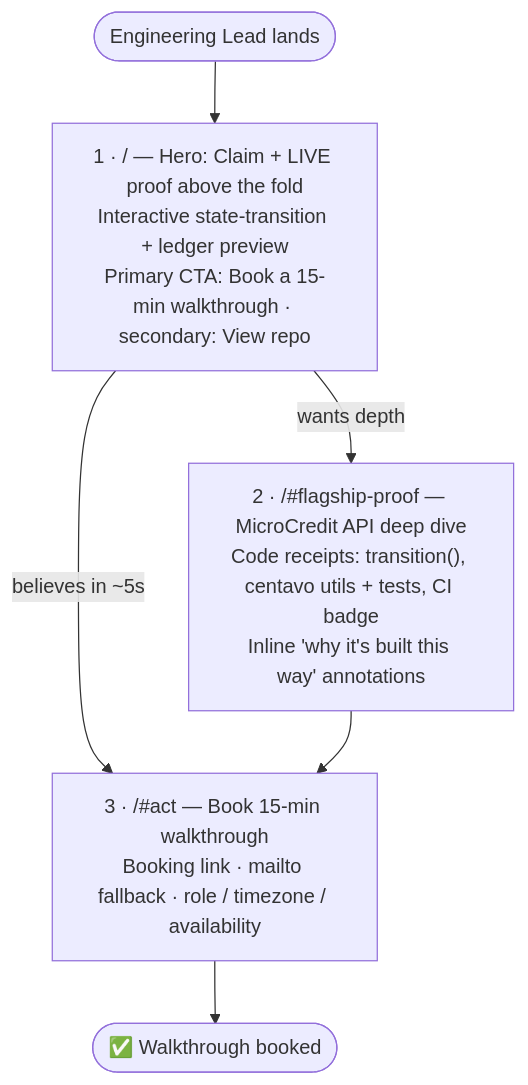
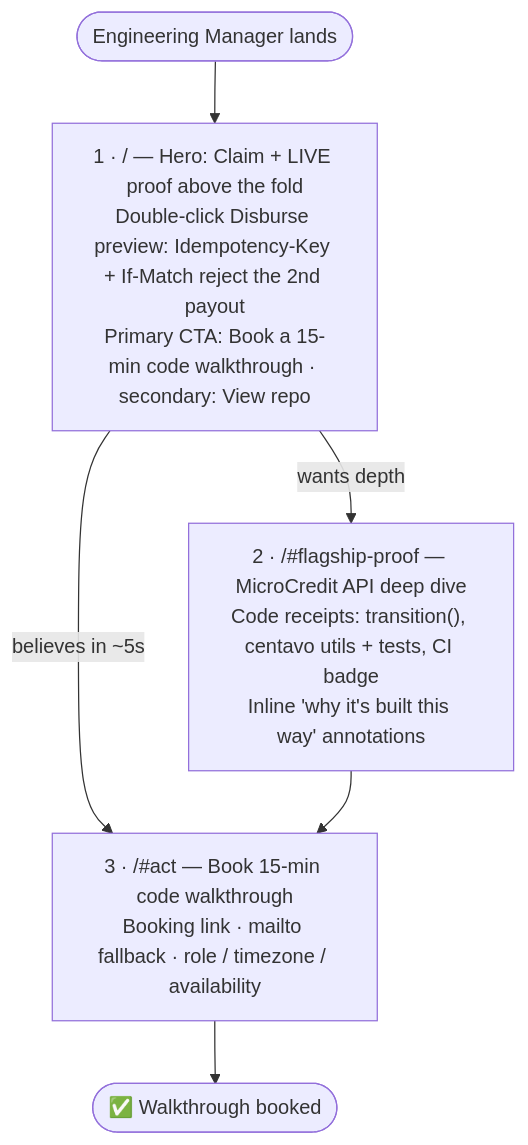
One commit to l3n8n-ocd/microcredit-api changed the second of 2 diagrams in docs/PORTFOLIO_PATH.md. Above: the diagram before and after it, drawn with Mermaid. The commit also changed other lines of this file and 2 other files, not shown here.

Commit message:
docs(sitemap): sync portfolio path with sharpened proof statement

````diff
--- a/docs/PORTFOLIO_PATH.md
+++ b/docs/PORTFOLIO_PATH.md
@@ -152,10 +155,10 @@
 ```mermaid
 flowchart TD
-    L([Engineering Lead lands]) --> H
-    H["1 · / — Hero: Claim + LIVE proof above the fold<br/>Interactive state-transition + ledger preview<br/>Primary CTA: Book a 15-min walkthrough · secondary: View repo"]
+    L([Engineering Manager lands]) --> H
+    H["1 · / — Hero: Claim + LIVE proof above the fold<br/>Double-click Disburse preview: Idempotency-Key + If-Match reject the 2nd payout<br/>Primary CTA: Book a 15-min code walkthrough · secondary: View repo"]
     H -->|believes in ~5s| X
     H -->|wants depth| F
     F["2 · /#flagship-proof — MicroCredit API deep dive<br/>Code receipts: transition(), centavo utils + tests, CI badge<br/>Inline 'why it's built this way' annotations"]
-    F --> X["3 · /#act — Book 15-min walkthrough<br/>Booking link · mailto fallback · role / timezone / availability"]
+    F --> X["3 · /#act — Book 15-min code walkthrough<br/>Booking link · mailto fallback · role / timezone / availability"]
     X --> D([✅ Walkthrough booked])
 ```
````
